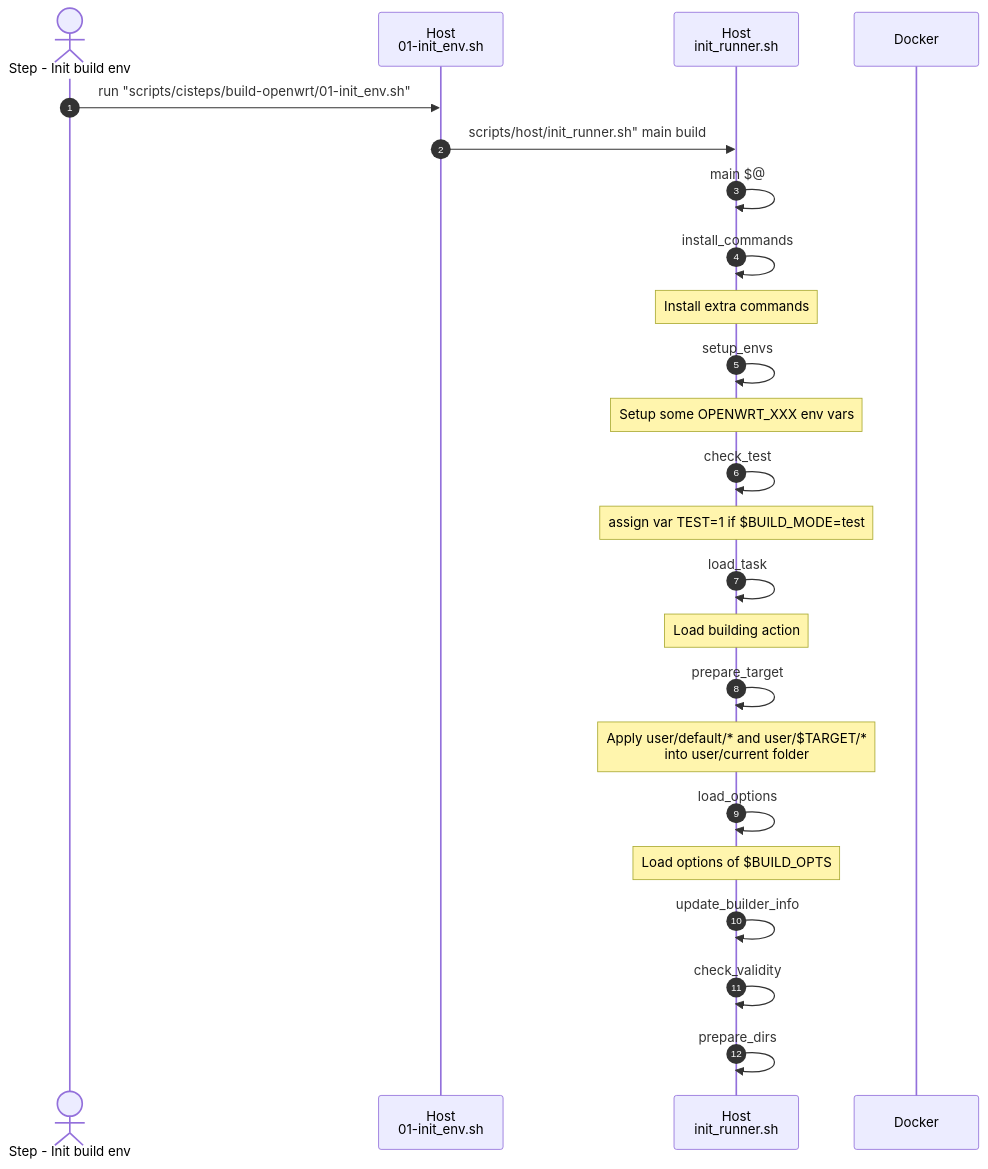
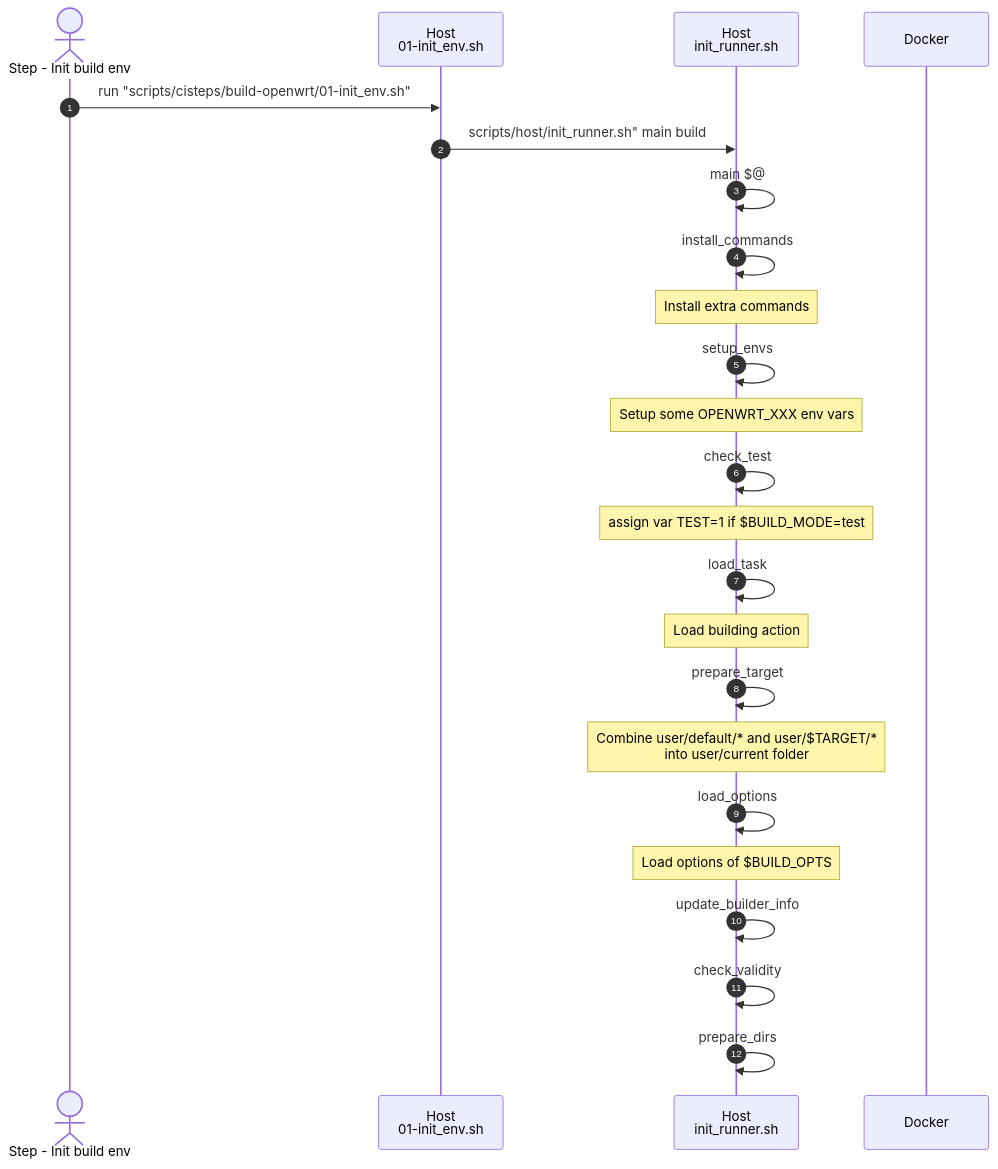
The first of 23 diagrams in README.md (kouhj/openwrt_builder), drawn with Mermaid before and after one commit. The commit also changed other lines of this file and 36 other files, not shown here.

````diff
--- a/README.md
+++ b/README.md
@@ -46,28 +67,28 @@
 ```mermaid
 sequenceDiagram
   autonumber
   actor ActionStep as Step - Init build env
   participant Host1 as Host<br>01-init_env.sh
   participant Host2 as Host<br>init_runner.sh
   participant Docker
 
   ActionStep ->> Host1: run "scripts/cisteps/build-openwrt/01-init_env.sh"
   Host1 ->> Host2: scripts/host/init_runner.sh" main build
   Host2 ->> Host2: main $@
   Host2 ->> Host2: install_commands
     note over Host2: Install extra commands
   Host2 ->> Host2: setup_envs
     note over Host2: Setup some OPENWRT_XXX env vars
   Host2 ->> Host2: check_test
     note over Host2: assign var TEST=1 if $BUILD_MODE=test
   Host2 ->> Host2: load_task
     note over Host2: Load building action
   Host2 ->> Host2: prepare_target
-    note over Host2: Apply user/default/* and user/$TARGET/*<br> into user/current folder
+    note over Host2: Combine user/default/* and user/$TARGET/*<br> into user/current folder
   Host2 ->> Host2: load_options
     note over Host2: Load options of $BUILD_OPTS
   Host2 ->> Host2: update_builder_info
   Host2 ->> Host2: check_validity
   Host2 ->> Host2: prepare_dirs
 
 ```
````
